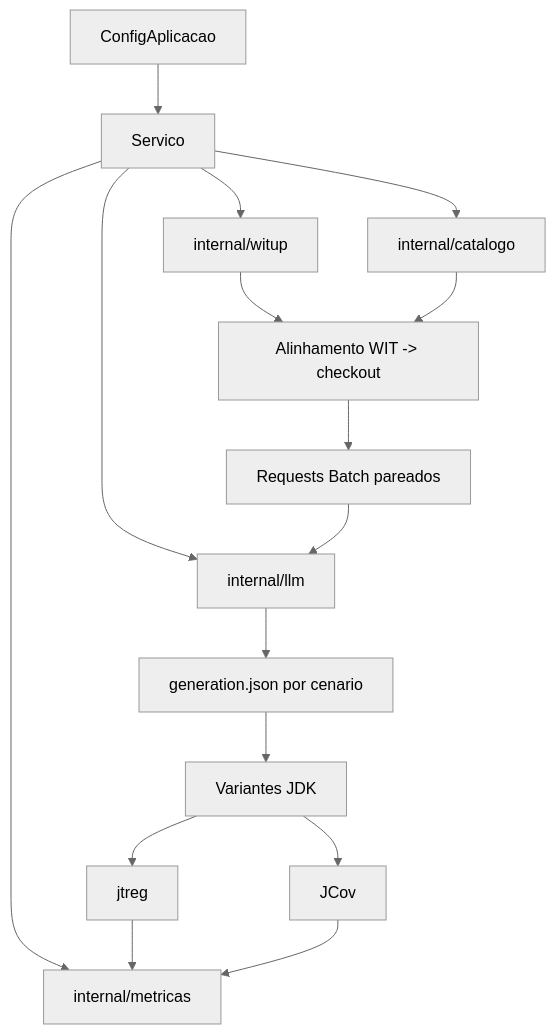
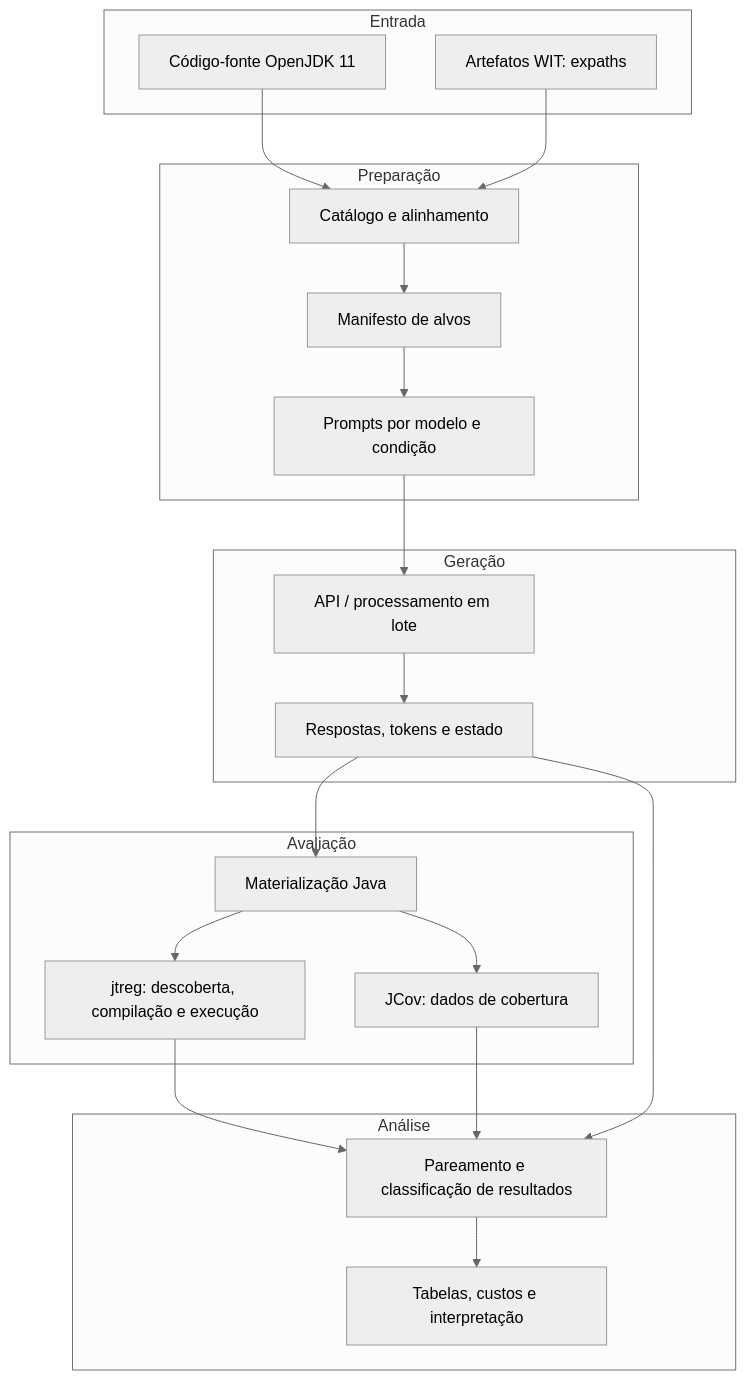
One commit to marcelomamorim/wit-llm changed the diagram in docs/architecture/index.md. Above: the diagram before and after it, drawn with Mermaid (neutral theme). The commit also changed other lines of this file and 6 other files, not shown here.

Commit message:
Document experimental architecture and research methodology

````diff
--- a/docs/architecture/index.md
+++ b/docs/architecture/index.md
@@ -25,19 +7,33 @@
 ```mermaid
-graph TD
-    CFG["ConfigAplicacao"] --> SVC["Servico"]
-    SVC --> WIT["internal/witup"]
-    SVC --> CAT["internal/catalogo"]
-    SVC --> LLM["internal/llm"]
-    SVC --> MET["internal/metricas"]
-
-    WIT --> ALIGN["Alinhamento WIT -> checkout"]
-    CAT --> ALIGN
-    ALIGN --> REQ["Requests Batch pareados"]
-    REQ --> LLM
-    LLM --> GEN["generation.json por cenario"]
-    GEN --> VAR["Variantes JDK"]
-    VAR --> JTREG["jtreg"]
-    VAR --> JCOV["JCov"]
-    JTREG --> MET
-    JCOV --> MET
+flowchart TB
+    subgraph Entrada
+      J["Código-fonte OpenJDK 11"]
+      W["Artefatos WIT: expaths"]
+    end
+    subgraph Preparação
+      C["Catálogo e alinhamento"]
+      M["Manifesto de alvos"]
+      P["Prompts por modelo e condição"]
+    end
+    subgraph Geração
+      L["API / processamento em lote"]
+      R["Respostas, tokens e estado"]
+    end
+    subgraph Avaliação
+      T["Materialização Java"]
+      X["jtreg: descoberta, compilação e execução"]
+      V["JCov: dados de cobertura"]
+    end
+    subgraph Análise
+      A["Pareamento e classificação de resultados"]
+      Z["Tabelas, custos e interpretação"]
+    end
+    J --> C
+    W --> C
+    C --> M --> P --> L --> R --> T
+    T --> X
+    T --> V
+    X --> A
+    V --> A
+    R --> A --> Z
 ```
````
